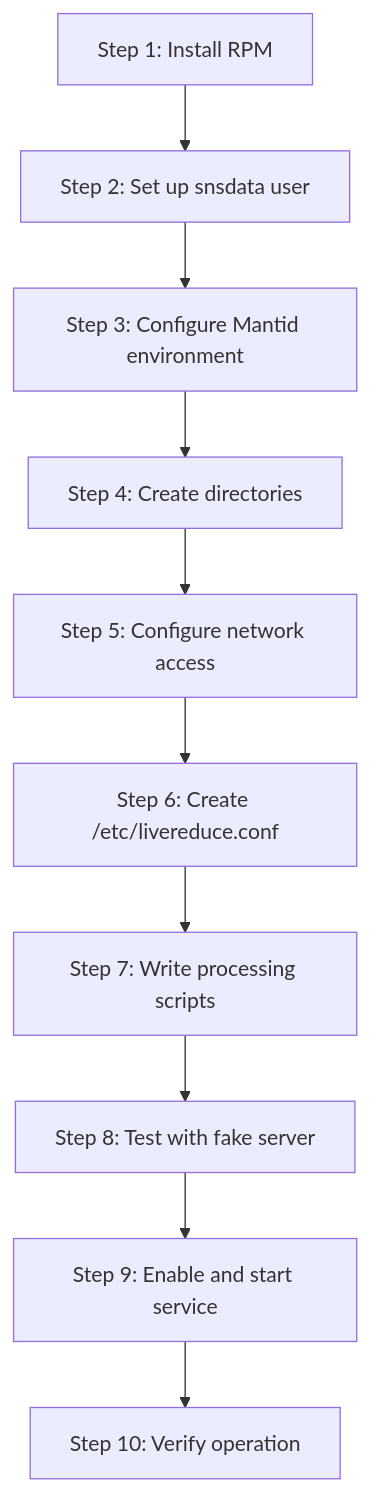
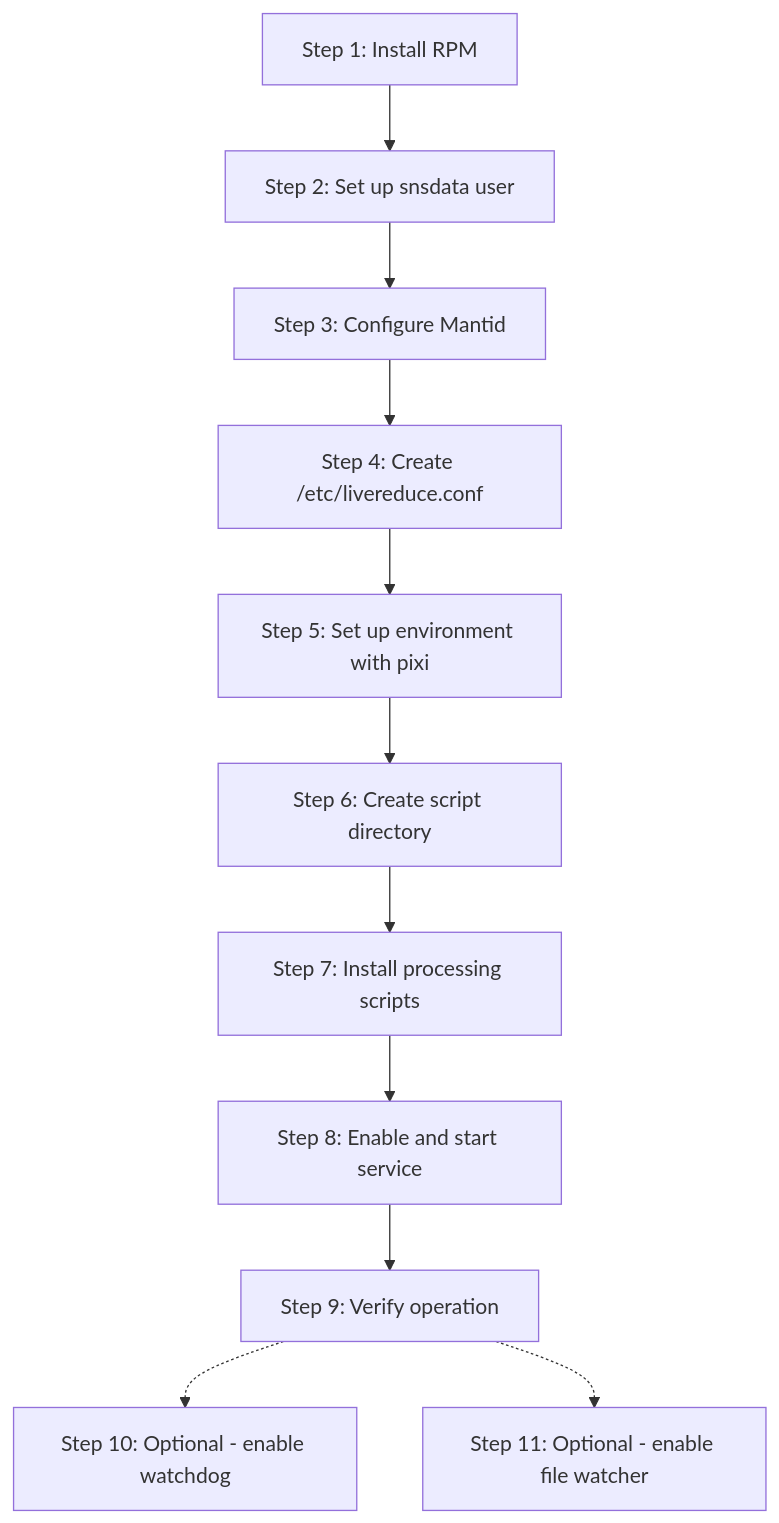
One commit to mantidproject/livereduce changed the diagram in docs/developer-guide.md. Above: the diagram before and after it, drawn with Mermaid. The commit also changed other lines of this file and 22 other files, not shown here.

````diff
--- a/docs/developer-guide.md
+++ b/docs/developer-guide.md
@@ -14,23 +14,25 @@
 ```mermaid
 flowchart TD
     Step1["Step 1: Install RPM"]
     Step2["Step 2: Set up snsdata user"]
-    Step3["Step 3: Configure Mantid environment"]
-    Step4["Step 4: Create directories"]
-    Step5["Step 5: Configure network access"]
-    Step6["Step 6: Create /etc/livereduce.conf"]
-    Step7["Step 7: Write processing scripts"]
-    Step8["Step 8: Test with fake server"]
-    Step9["Step 9: Enable and start service"]
-    Step10["Step 10: Verify operation"]
+    Step3["Step 3: Configure Mantid"]
+    Step4["Step 4: Create /etc/livereduce.conf"]
+    Step5["Step 5: Set up environment with pixi"]
+    Step6["Step 6: Create script directory"]
+    Step7["Step 7: Install processing scripts"]
+    Step8["Step 8: Enable and start service"]
+    Step9["Step 9: Verify operation"]
+    Step10["Step 10: Optional - enable watchdog"]
+    Step11["Step 11: Optional - enable file watcher"]
 
     Step1 --> Step2
     Step2 --> Step3
     Step3 --> Step4
     Step4 --> Step5
     Step5 --> Step6
     Step6 --> Step7
     Step7 --> Step8
     Step8 --> Step9
-    Step9 --> Step10
+    Step9 -.-> Step10
+    Step9 -.-> Step11
 ```
````
